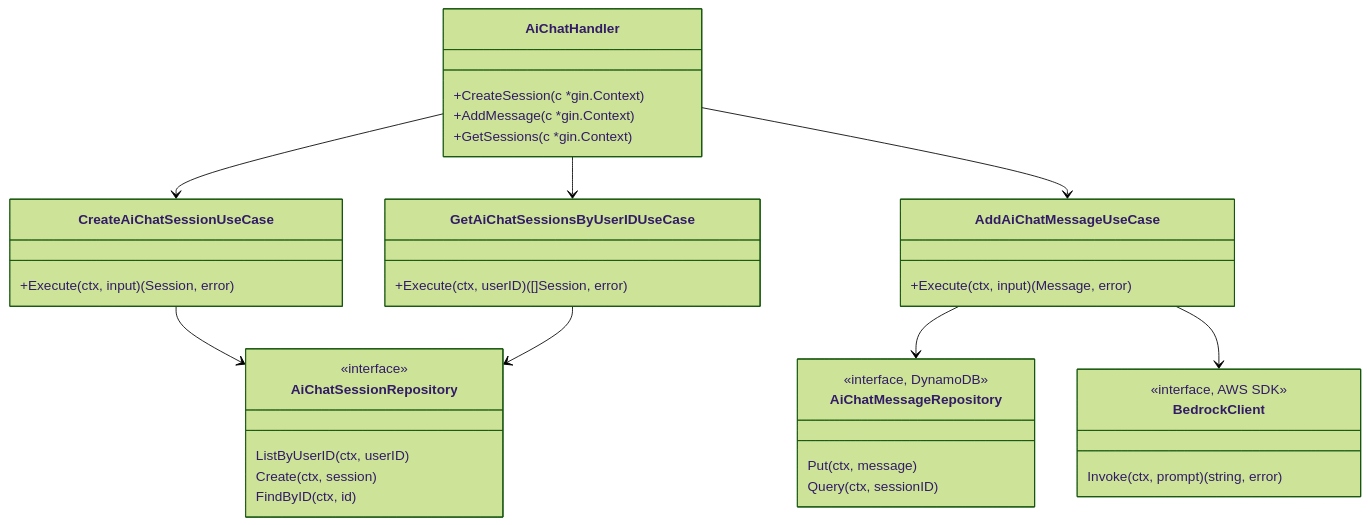
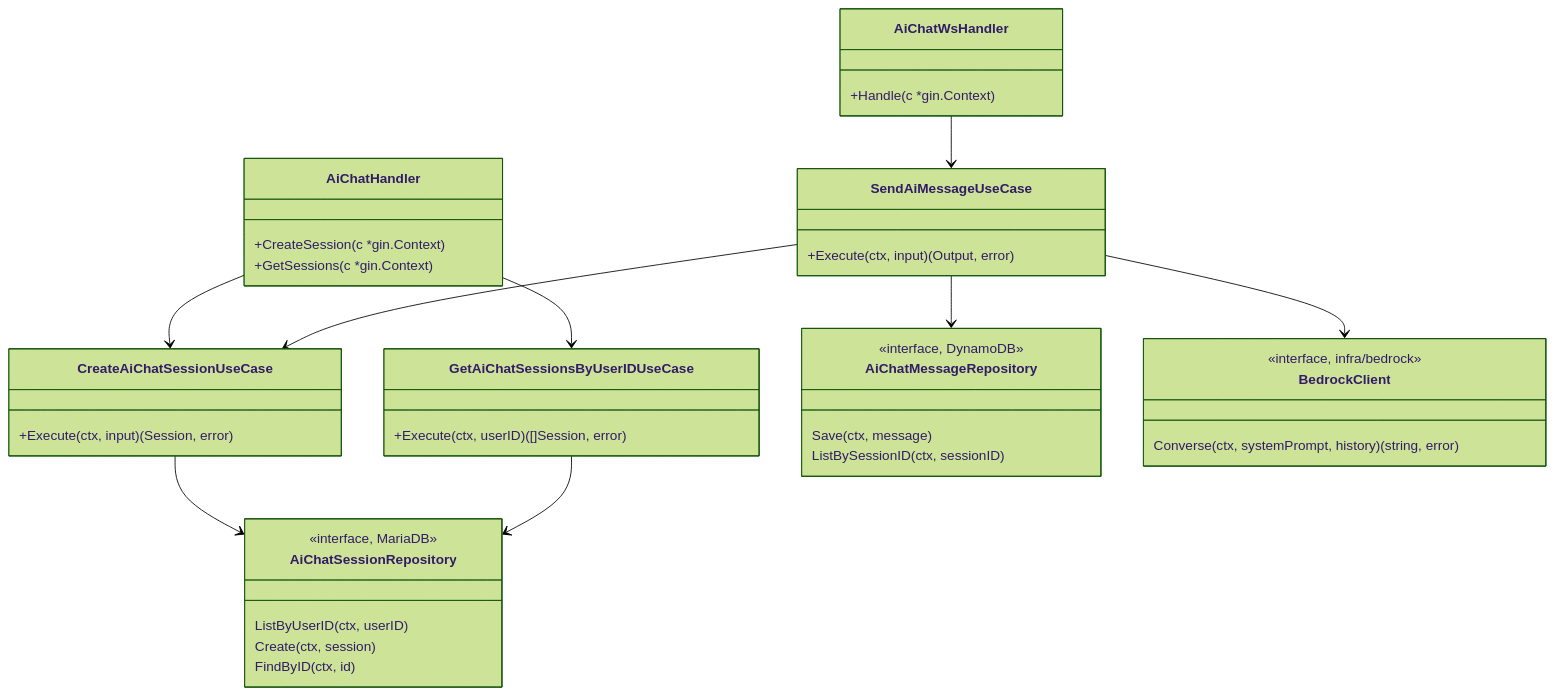
The first of 5 diagrams in docs/ARCHITECTURE.md (norman6464/FreStyle), drawn with Mermaid (forest theme) before and after one commit. The commit also changed other lines of this file and 66 other files, not shown here.

````diff
--- a/docs/ARCHITECTURE.md
+++ b/docs/ARCHITECTURE.md
@@ -140,41 +141,43 @@
 ```mermaid
 classDiagram
     class AiChatHandler {
       +CreateSession(c *gin.Context)
-      +AddMessage(c *gin.Context)
       +GetSessions(c *gin.Context)
+    }
+    class AiChatWsHandler {
+      +Handle(c *gin.Context)
+    }
+    class SendAiMessageUseCase {
+      +Execute(ctx, input) (Output, error)
     }
     class CreateAiChatSessionUseCase {
       +Execute(ctx, input) (Session, error)
-    }
-    class AddAiChatMessageUseCase {
-      +Execute(ctx, input) (Message, error)
     }
     class GetAiChatSessionsByUserIDUseCase {
       +Execute(ctx, userID) ([]Session, error)
     }
     class AiChatSessionRepository {
-      <<interface>>
+      <<interface, MariaDB>>
       ListByUserID(ctx, userID)
       Create(ctx, session)
       FindByID(ctx, id)
     }
     class AiChatMessageRepository {
       <<interface, DynamoDB>>
-      Put(ctx, message)
-      Query(ctx, sessionID)
+      Save(ctx, message)
+      ListBySessionID(ctx, sessionID)
     }
     class BedrockClient {
-      <<interface, AWS SDK>>
-      Invoke(ctx, prompt) (string, error)
+      <<interface, infra/bedrock>>
+      Converse(ctx, systemPrompt, history) (string, error)
     }
 
     AiChatHandler --> CreateAiChatSessionUseCase
-    AiChatHandler --> AddAiChatMessageUseCase
     AiChatHandler --> GetAiChatSessionsByUserIDUseCase
-
+    AiChatWsHandler --> SendAiMessageUseCase
+    SendAiMessageUseCase --> CreateAiChatSessionUseCase
+    SendAiMessageUseCase --> AiChatMessageRepository
+    SendAiMessageUseCase --> BedrockClient
     CreateAiChatSessionUseCase --> AiChatSessionRepository
-    AddAiChatMessageUseCase --> AiChatMessageRepository
-    AddAiChatMessageUseCase --> BedrockClient
     GetAiChatSessionsByUserIDUseCase --> AiChatSessionRepository
 ```
````
